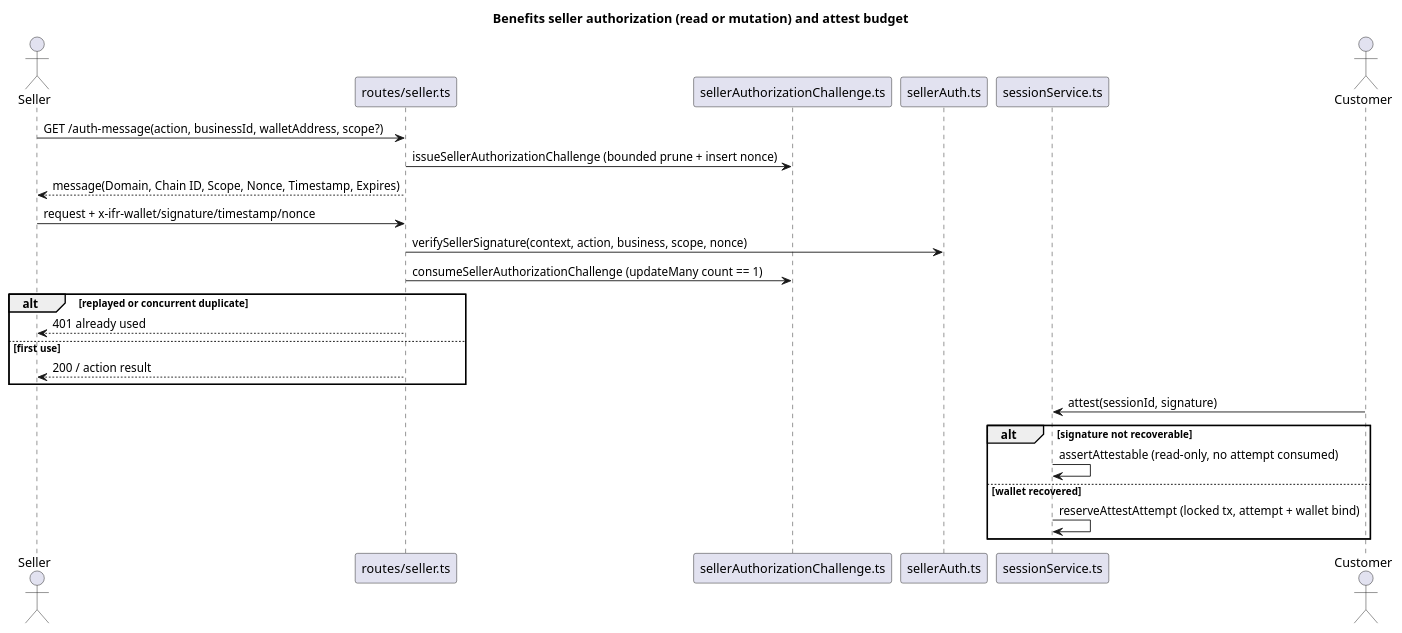
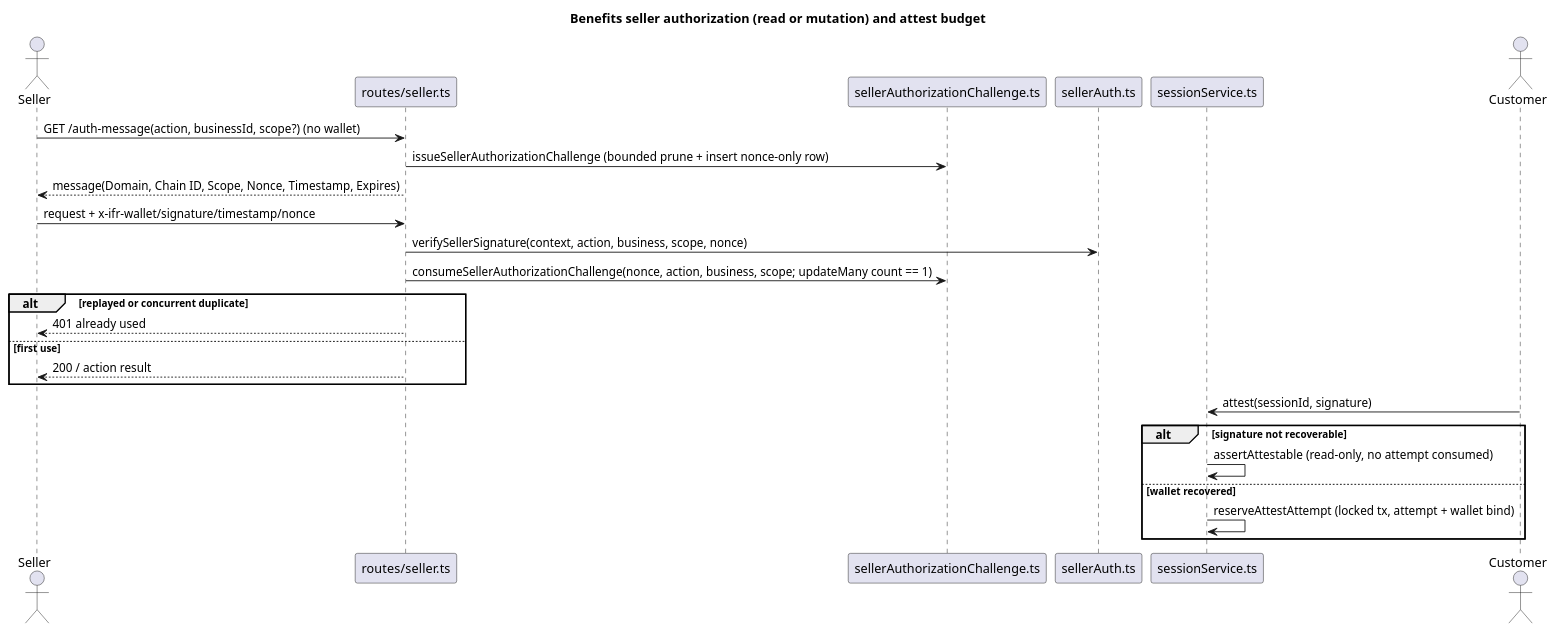
The fourth of 7 diagrams in docs/architecture/main-path.puml (NeaBouli/inferno), drawn with PlantUML before and after one commit. The commit also changed 26 other files, not shown here.

First line of the commit message:
security(benefits): wallet-free seller challenge with nonce-only state

```diff
--- a/docs/architecture/main-path.puml
+++ b/docs/architecture/main-path.puml
@@ -118,26 +118,26 @@
 @startuml
 title Benefits seller authorization (read or mutation) and attest budget
 actor Seller
 participant "routes/seller.ts" as Routes
 participant "sellerAuthorizationChallenge.ts" as Chal
 participant "sellerAuth.ts" as Auth
 participant "sessionService.ts" as Sess
 actor Customer
-Seller -> Routes : GET /auth-message(action, businessId, walletAddress, scope?)
-Routes -> Chal : issueSellerAuthorizationChallenge (bounded prune + insert nonce)
+Seller -> Routes : GET /auth-message(action, businessId, scope?) (no wallet)
+Routes -> Chal : issueSellerAuthorizationChallenge (bounded prune + insert nonce-only row)
 Routes --> Seller : message(Domain, Chain ID, Scope, Nonce, Timestamp, Expires)
 Seller -> Routes : request + x-ifr-wallet/signature/timestamp/nonce
 Routes -> Auth : verifySellerSignature(context, action, business, scope, nonce)
-Routes -> Chal : consumeSellerAuthorizationChallenge (updateMany count == 1)
+Routes -> Chal : consumeSellerAuthorizationChallenge(nonce, action, business, scope; updateMany count == 1)
 alt replayed or concurrent duplicate
   Routes --> Seller : 401 already used
 else first use
   Routes --> Seller : 200 / action result
 end
 Customer -> Sess : attest(sessionId, signature)
 alt signature not recoverable
   Sess -> Sess : assertAttestable (read-only, no attempt consumed)
 else wallet recovered
   Sess -> Sess : reserveAttestAttempt (locked tx, attempt + wallet bind)
 end
 @enduml
```
